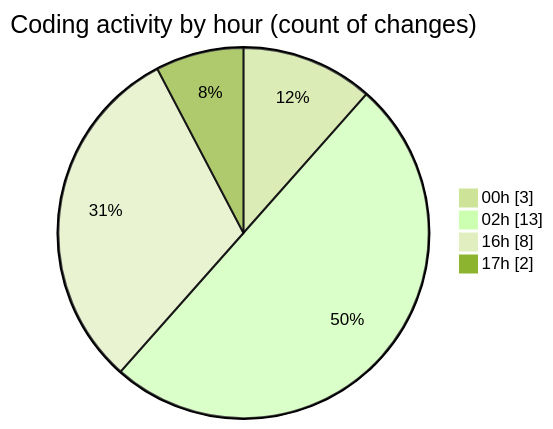
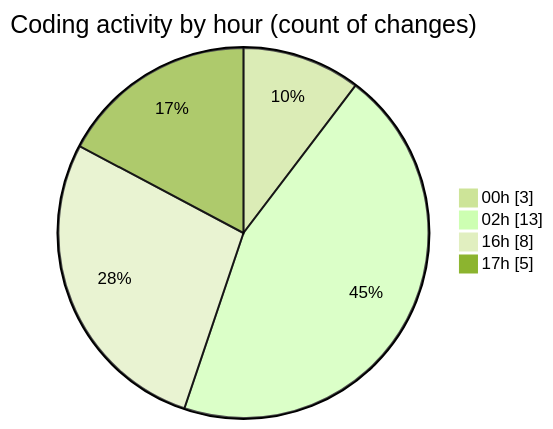
Before and after one commit to julien-gomy/code-tracking: the second of 2 diagrams in 2025-10-21/eventscop-api-guide__workspace_/README.md, drawn with Mermaid (forest theme). The commit also changed other lines of this file and 1 other file, not shown here.

````diff
--- a/2025-10-21/eventscop-api-guide__workspace_/README.md
+++ b/2025-10-21/eventscop-api-guide__workspace_/README.md
@@ -34,8 +35,8 @@
 ```mermaid
 pie showData
 title Coding activity by hour (count of changes)
 "00h" : 3
 "02h" : 13
 "16h" : 8
-"17h" : 2
+"17h" : 5
 ```
````
